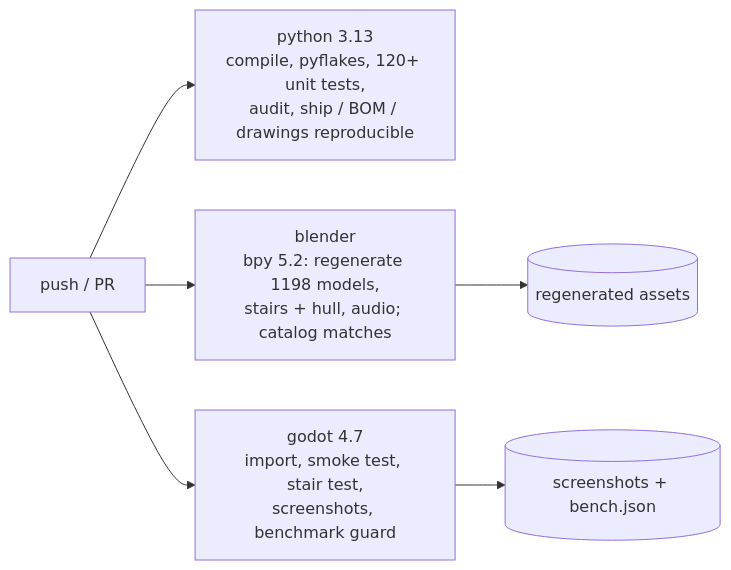
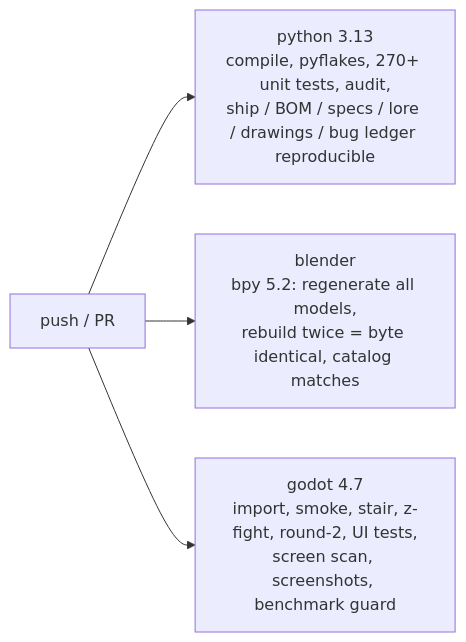
The fifth of 5 diagrams in README.md (jgyy/starshipgo), drawn with Mermaid before and after one commit. The commit also changed other lines of this file and 18 other files, not shown here.

First line of the commit message:
README, design notes, CI steps, lore deck count, regenerated derived files

````diff
--- a/README.md
+++ b/README.md
@@ -179,8 +230,6 @@
 ```mermaid
 flowchart LR
-    PR[push / PR] --> PY[python 3.13<br/>compile, pyflakes, 120+ unit tests,<br/>audit, ship / BOM / drawings reproducible]
-    PR --> BL[blender<br/>bpy 5.2: regenerate 1198 models,<br/>stairs + hull, audio; catalog matches]
-    PR --> GD[godot 4.7<br/>import, smoke test, stair test,<br/>screenshots, benchmark guard]
-    GD --> A[(screenshots + bench.json)]
-    BL --> A2[(regenerated assets)]
+    PR[push / PR] --> PY[python 3.13<br/>compile, pyflakes, 270+ unit tests, audit,<br/>ship / BOM / specs / lore / drawings / bug ledger reproducible]
+    PR --> BL[blender<br/>bpy 5.2: regenerate all models,<br/>rebuild twice = byte identical, catalog matches]
+    PR --> GD[godot 4.7<br/>import, smoke, stair, z-fight, round-2, UI tests,<br/>screen scan, screenshots, benchmark guard]
 ```
````
